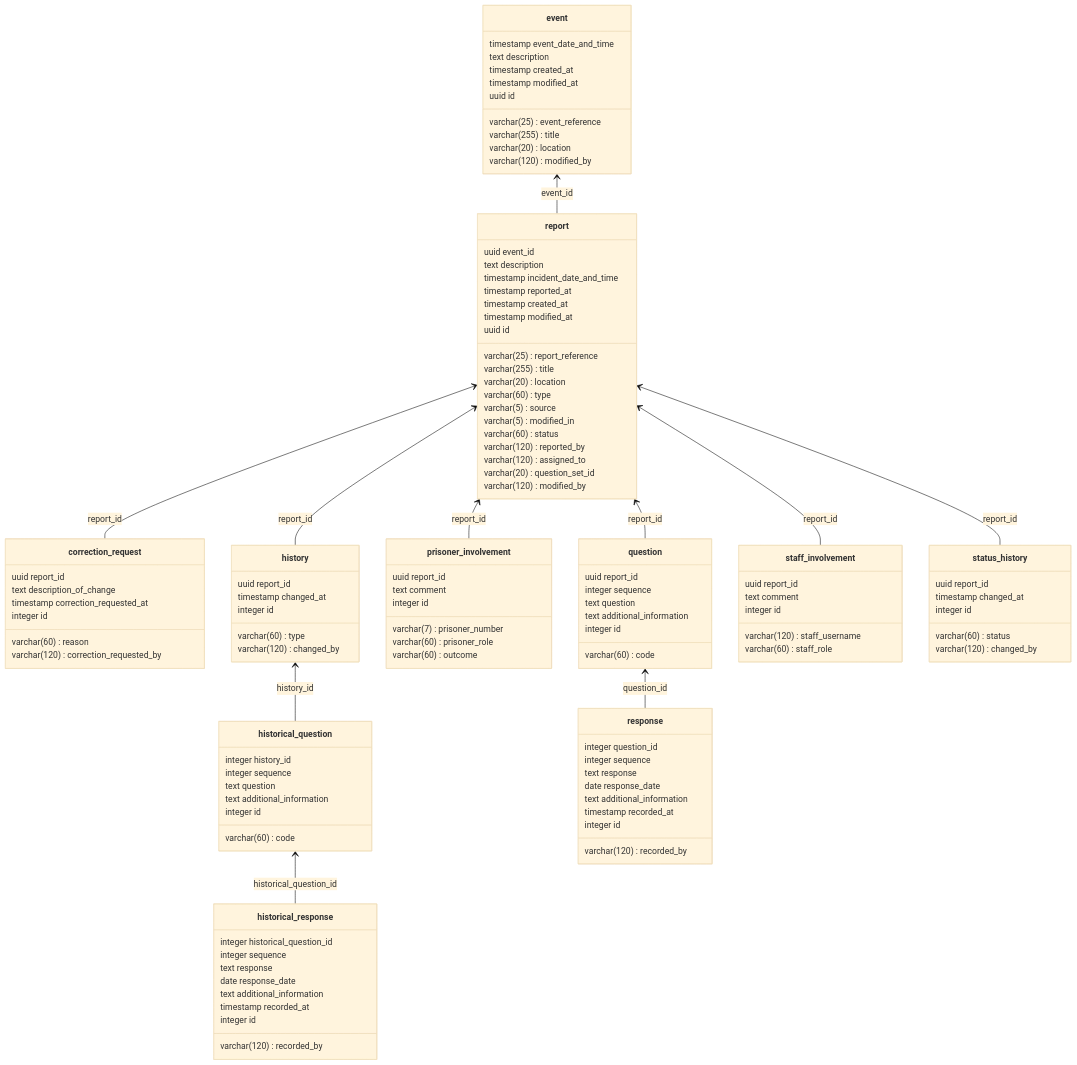
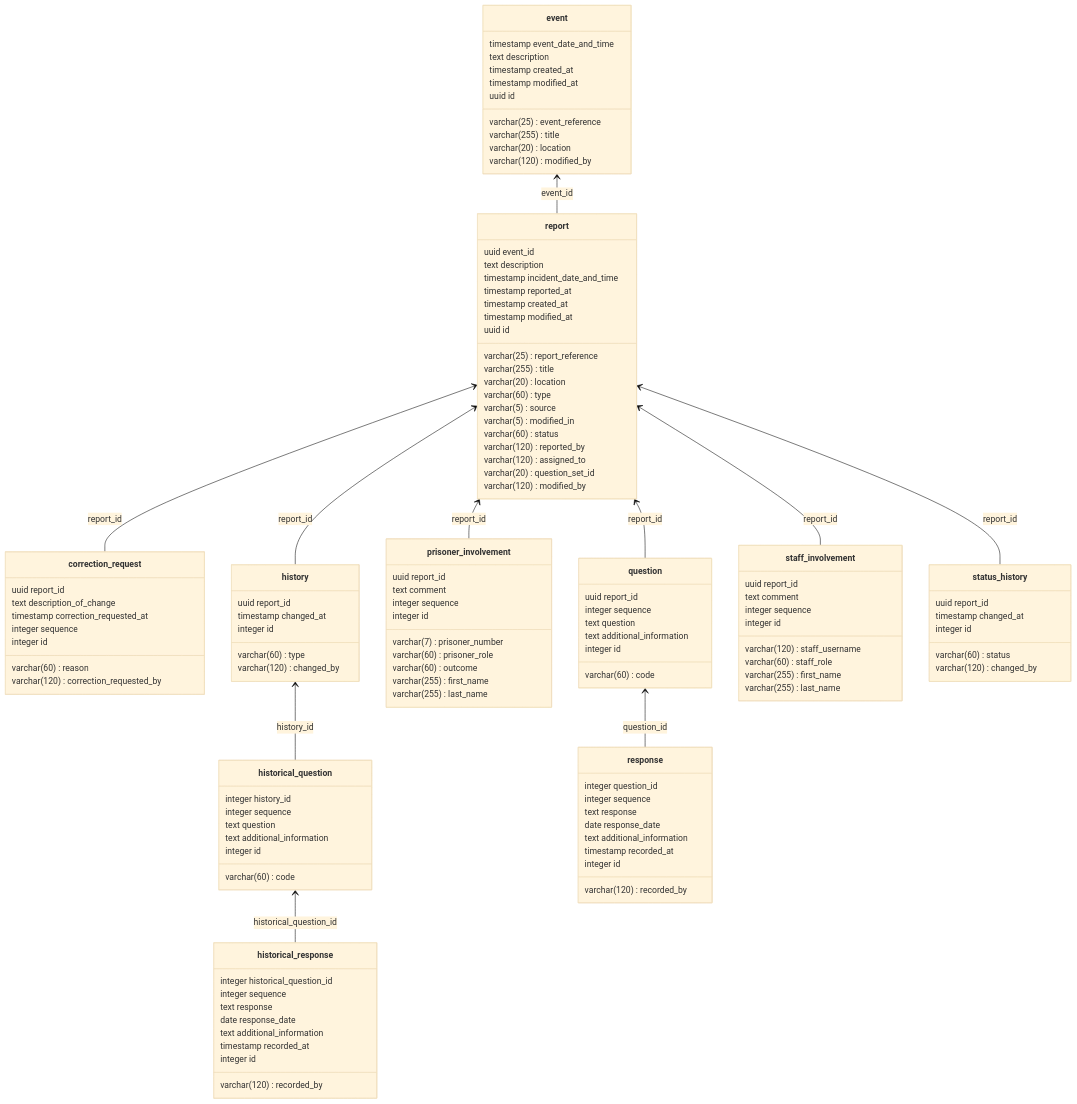
One commit to ministryofjustice/hmpps-incident-reporting-api changed the second of 2 diagrams in docs/0004-modeling-irs.md. Above: the diagram before and after it, drawn with Mermaid (base theme). The commit also changed other lines of this file and 64 other files, not shown here.

```diff
--- a/docs/0004-modeling-irs.md
+++ b/docs/0004-modeling-irs.md
@@ -131,6 +142,7 @@
         text description_of_change
         timestamp correction_requested_at
         varchar(120) correction_requested_by
+        integer sequence
         integer id
     }
     class event {
@@ -175,6 +187,9 @@
         varchar(60) prisoner_role
         varchar(60) outcome
         text comment
+        integer sequence
+        varchar(255) first_name
+        varchar(255) last_name
         integer id
     }
     class question {
@@ -220,6 +235,9 @@
         varchar(120) staff_username
         varchar(60) staff_role
         text comment
+        integer sequence
+        varchar(255) first_name
+        varchar(255) last_name
         integer id
     }
     class status_history {
```
